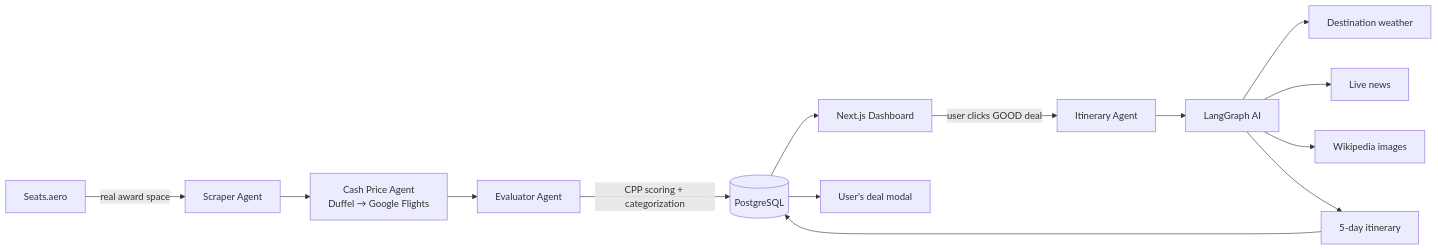
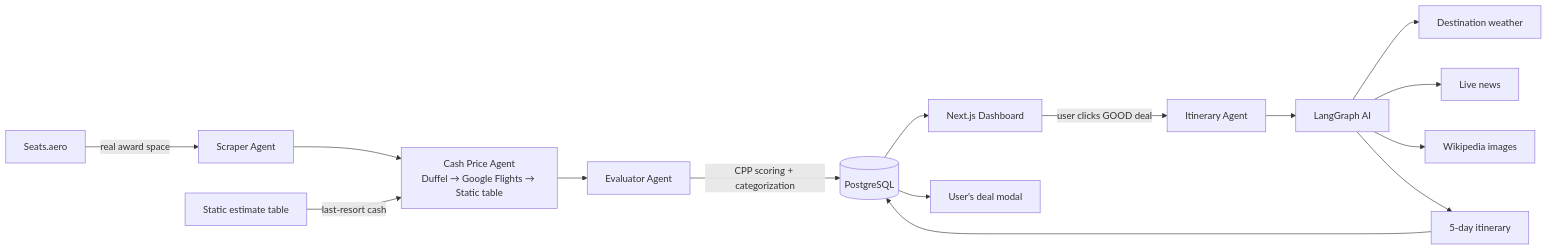
One commit to hadileonard08/flight-deal-dashboard changed the second of 2 diagrams in README.md. Above: the diagram before and after it, drawn with Mermaid. The commit also changed other lines of this file, not shown here.

Commit message:
Update README: separate GitHub Actions and Vercel agents, add static fallback to diagrams, clarify Vercel Cron

````diff
--- a/README.md
+++ b/README.md
@@ -166,16 +176,17 @@
 ```mermaid
 flowchart LR
     A[Seats.aero] -->|real award space| B[Scraper Agent]
-    B --> C[Cash Price Agent<br/>Duffel → Google Flights]
+    B --> C[Cash Price Agent<br/>Duffel → Google Flights → Static table]
+    S[Static estimate table] -->|last-resort cash| C
     C --> D[Evaluator Agent]
     D -->|CPP scoring + categorization| E[(PostgreSQL)]
     E --> F[Next.js Dashboard]
     F -->|user clicks GOOD deal| G[Itinerary Agent]
     G --> H[LangGraph AI]
     H --> I[Destination weather]
     H --> J[Live news]
     H --> K[Wikipedia images]
     H --> L[5-day itinerary]
     L --> E
     E --> M[User's deal modal]
 ```
````
